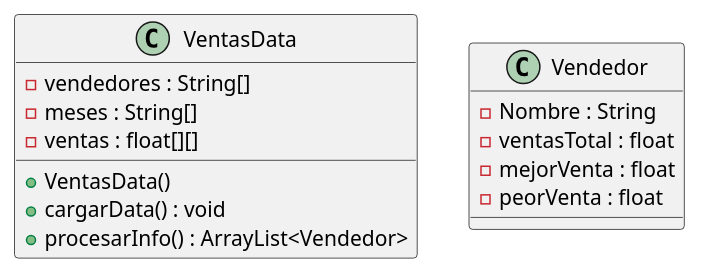
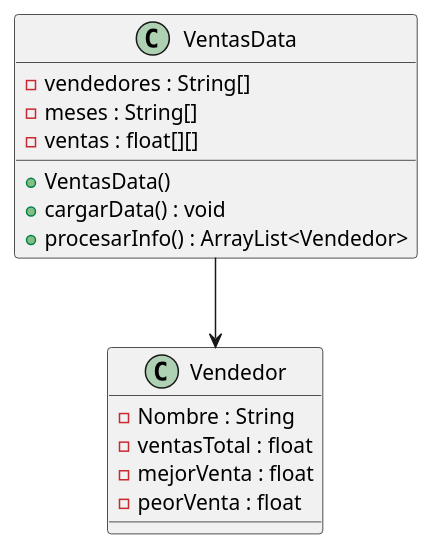
The diagram in TP1-KRUG-NEVADO/Ejercicio 6/Ejercicio6.puml (akrugort/Programacion1), drawn with PlantUML before and after one commit. The commit also changed 6 other files, not shown here.

```diff
--- a/TP1-KRUG-NEVADO/Ejercicio 6/Ejercicio6.puml
+++ b/TP1-KRUG-NEVADO/Ejercicio 6/Ejercicio6.puml
@@ -1,19 +1,21 @@
 @startuml Ejercicio_6
 
 class VentasData{
     -vendedores : String[]
     -meses : String[]
     -ventas : float[][]
     +VentasData()
     +cargarData() : void 
     +procesarInfo() : ArrayList<Vendedor> 
 }
 
 class Vendedor{
     -Nombre : String 
     -ventasTotal : float 
     -mejorVenta : float 
     -peorVenta : float 
 }
 
+VentasData --> Vendedor
+
 @enduml
```
